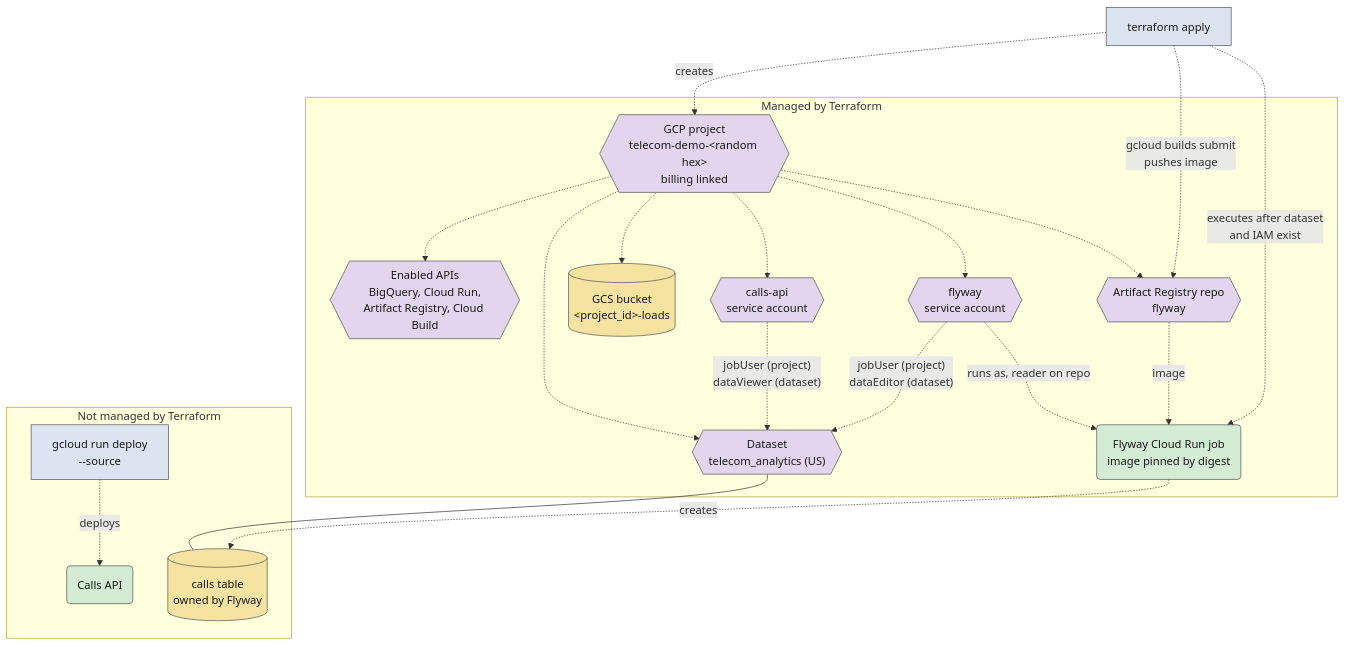
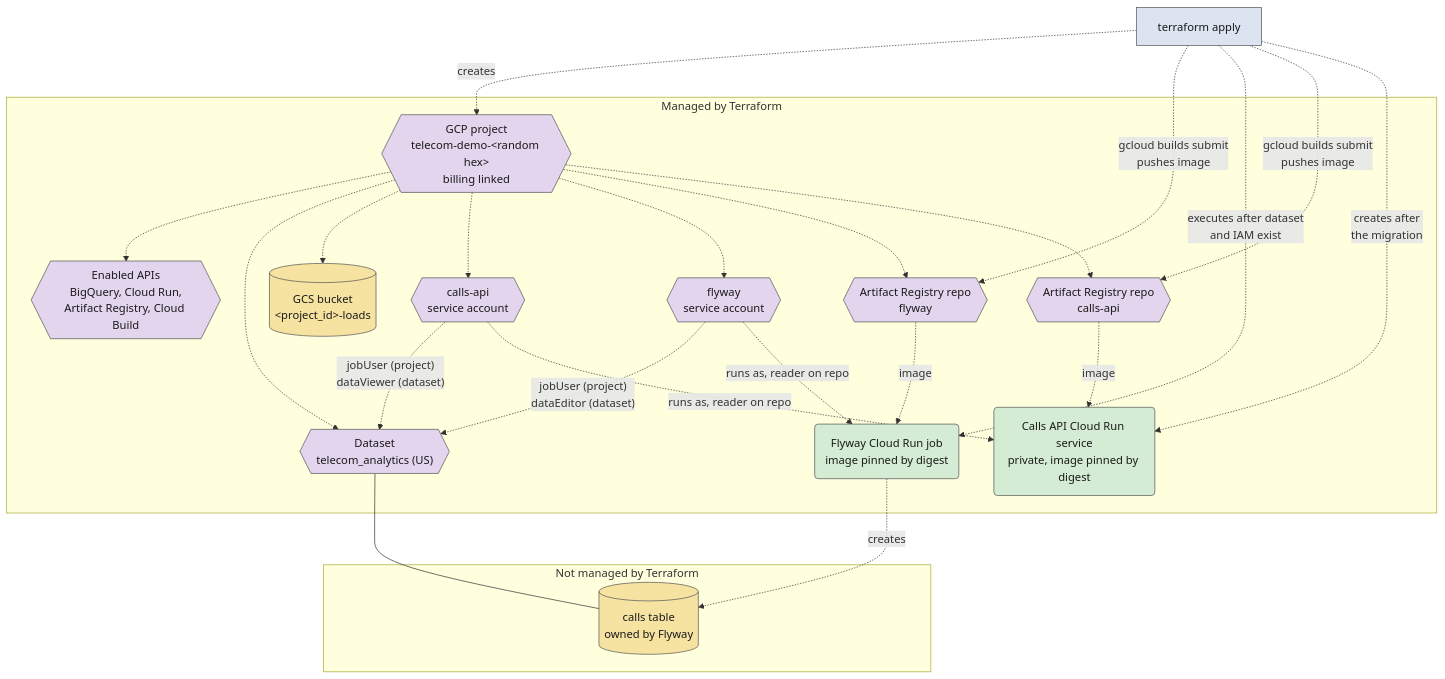
The third of 4 diagrams in README.md (castroaj/GCP-BQ-DEMO), drawn with Mermaid before and after one commit. The commit also changed other lines of this file and 11 other files, not shown here.

First line of the commit message:
Manage the Calls API Cloud Run service and its image in Terraform

````diff
--- a/README.md
+++ b/README.md
@@ -69,47 +67,51 @@
 ```mermaid
 flowchart TD
   tf["terraform apply"]
 
   subgraph managed["Managed by Terraform"]
     project{{"GCP project<br/>telecom-demo-&lt;random hex&gt;<br/>billing linked"}}
     apis{{"Enabled APIs<br/>BigQuery, Cloud Run,<br/>Artifact Registry, Cloud Build"}}
     ds{{"Dataset<br/>telecom_analytics (US)"}}
     bucket[("GCS bucket<br/>&lt;project_id&gt;-loads")]
     sa_api{{"calls-api<br/>service account"}}
     sa_fly{{"flyway<br/>service account"}}
     repo{{"Artifact Registry repo<br/>flyway"}}
+    repo_api{{"Artifact Registry repo<br/>calls-api"}}
     job("Flyway Cloud Run job<br/>image pinned by digest")
+    api("Calls API Cloud Run service<br/>private, image pinned by digest")
   end
 
   subgraph other["Not managed by Terraform"]
     table[("calls table<br/>owned by Flyway")]
-    deploy["gcloud run deploy<br/>--source"]
-    api("Calls API")
   end
 
   tf -.->|creates| project
   project -.-> apis
   project -.-> ds
   project -.-> bucket
   project -.-> sa_api
   project -.-> sa_fly
   sa_api -.->|"jobUser (project)<br/>dataViewer (dataset)"| ds
   sa_fly -.->|"jobUser (project)<br/>dataEditor (dataset)"| ds
   project -.-> repo
   tf -.->|"gcloud builds submit<br/>pushes image"| repo
   repo -.->|"image"| job
   sa_fly -.->|"runs as, reader on repo"| job
   tf -.->|"executes after dataset<br/>and IAM exist"| job
   job -.->|creates| table
   ds --- table
-  deploy -.->|deploys| api
+  project -.-> repo_api
+  tf -.->|"gcloud builds submit<br/>pushes image"| repo_api
+  repo_api -.->|"image"| api
+  sa_api -.->|"runs as, reader on repo"| api
+  tf -.->|"creates after<br/>the migration"| api
 
   classDef tool fill:#dbe4f0,stroke:#555,color:#1a1a1a
   classDef compute fill:#d3ecd3,stroke:#555,color:#1a1a1a
   classDef store fill:#f6e3a1,stroke:#555,color:#1a1a1a
   classDef resource fill:#e3d5ee,stroke:#555,color:#1a1a1a
-  class tf,deploy tool
+  class tf tool
   class api,job compute
   class bucket,table store
-  class project,apis,ds,sa_api,sa_fly,repo resource
+  class project,apis,ds,sa_api,sa_fly,repo,repo_api resource
 ```
````
